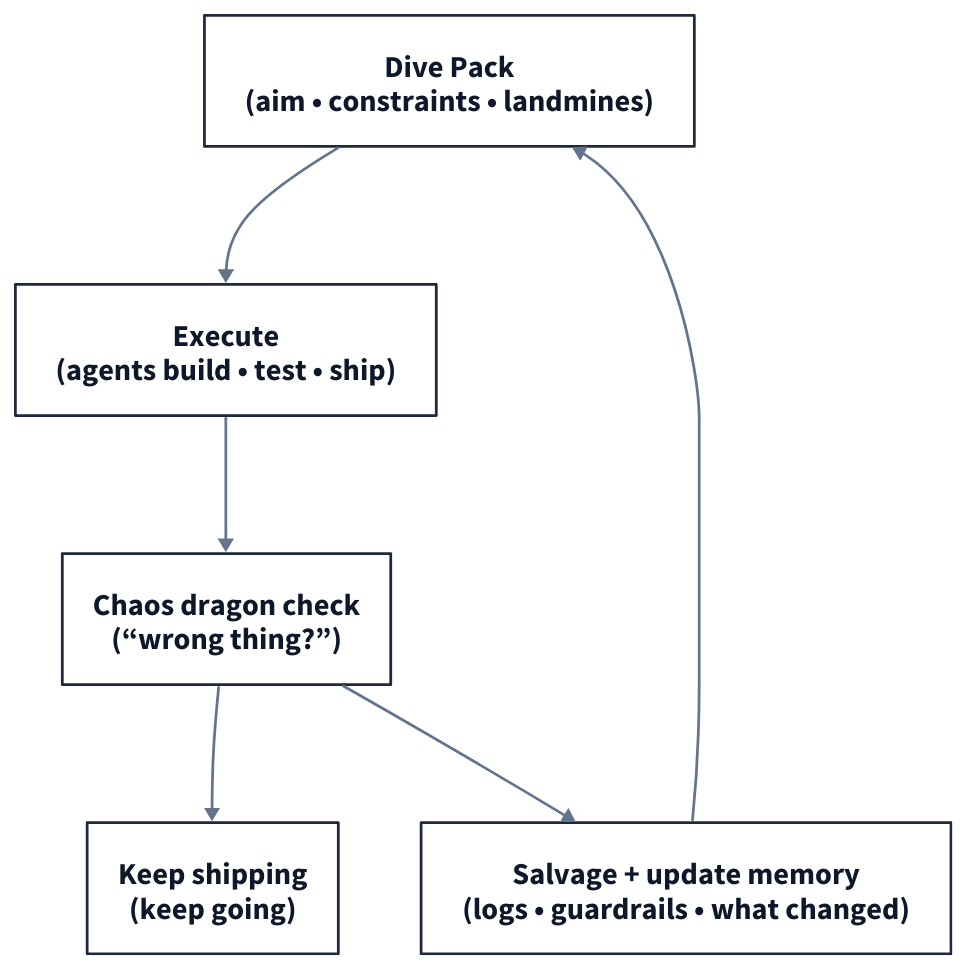
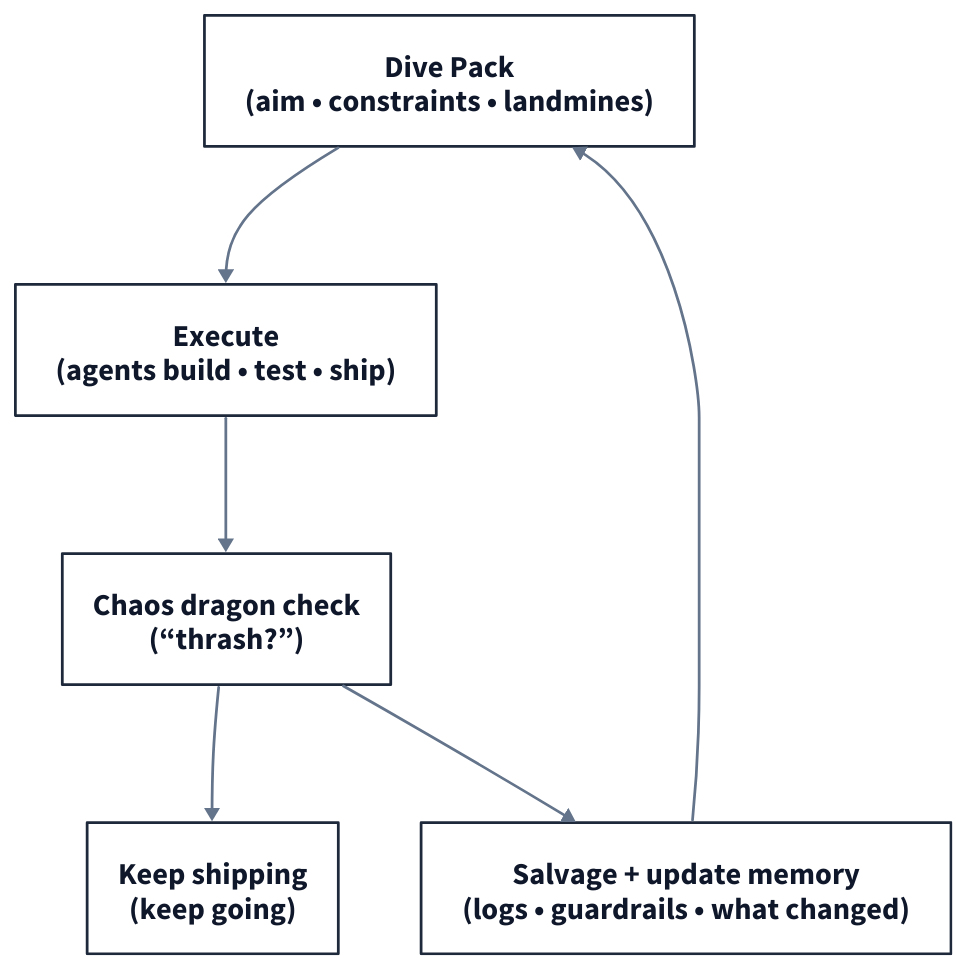
The diagram in viz/taming-chaos-dragon-loop.d2 (muness/muness.github.io), drawn with D2 before and after one commit. The commit also changed 6 other files, not shown here.

```diff
--- a/viz/taming-chaos-dragon-loop.d2
+++ b/viz/taming-chaos-dragon-loop.d2
@@ -1,67 +1,67 @@
 direction: down
 
 vars: {
   stroke: "#1E293B"
   accent: "#64748B"
   text: "#0F172A"
 }
 
 classes: {
   box: {
     style: {
       stroke: ${stroke}
       stroke-width: 2
       font-color: ${text}
       font-size: 22
       bold: true
       fill: "#FFFFFF"
     }
   }
   edge: {
     style: {
       stroke: ${accent}
       stroke-width: 2
       font-color: ${accent}
       font-size: 16
       bold: false
     }
   }
 }
 
 dive_pack: {
   class: box
   label: "Dive Pack\n(aim • constraints • landmines)"
 }
 
 execute: {
   class: box
   label: "Execute\n(agents build • test • ship)"
 }
 
 drift_check: {
   class: box
-  label: "Chaos dragon check\n(“wrong thing?”)"
+  label: "Chaos dragon check\n(“thrash?”)"
 }
 
 salvage: {
   class: box
   label: "Salvage + update memory\n(logs • guardrails • what changed)"
 }
 
 continue: {
   class: box
   label: "Keep shipping\n(keep going)"
 }
 
 dive_pack -> execute: {class: edge}
 execute -> drift_check: {class: edge}
 
 drift_check -> continue: {
   class: edge
 }
 
 drift_check -> salvage: {class: edge}
 
 salvage -> dive_pack: {
   class: edge
 }
```
